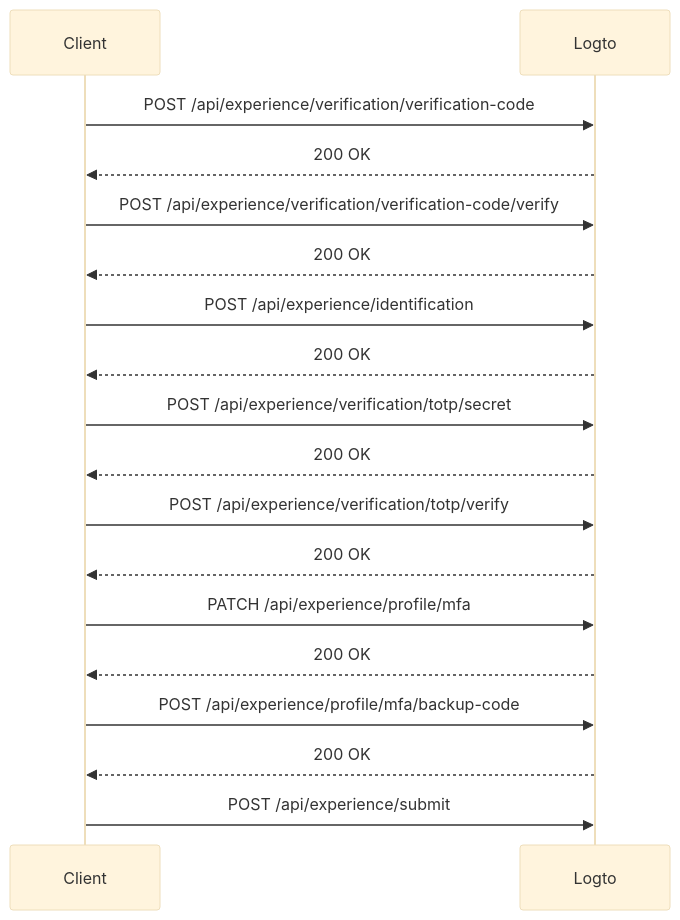
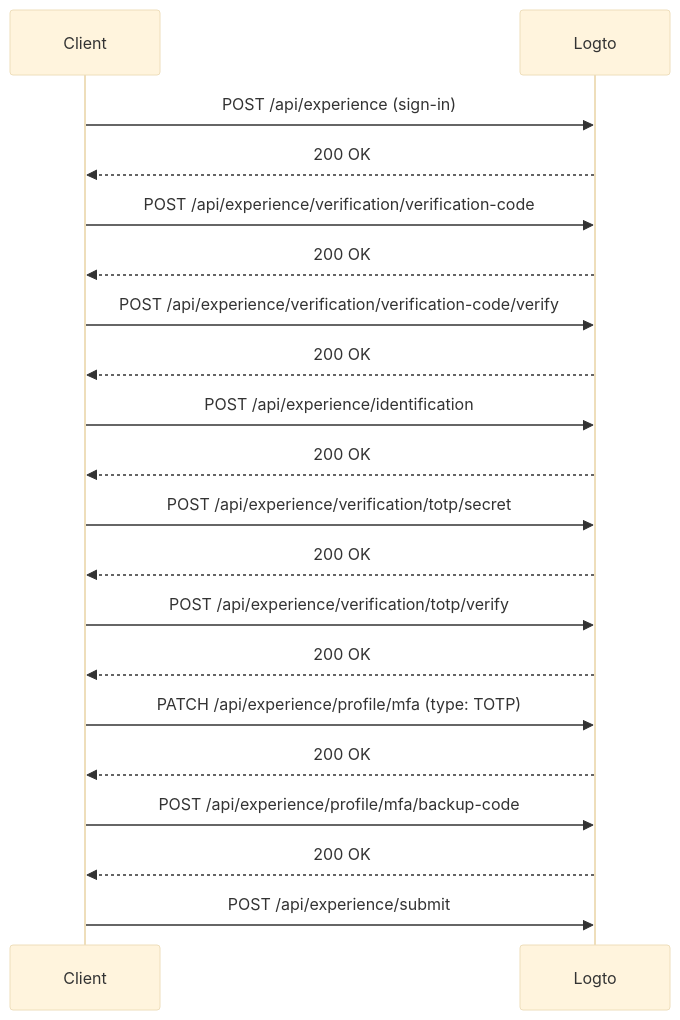
Before and after one commit to logto-io/rfcs: the sixth of 17 diagrams in draft/0004-experience-api.md, drawn with Mermaid (base theme). The commit also changed other lines of this file, not shown here.

First line of the commit message:
refactor: update the experience API.

````diff
--- a/draft/0004-experience-api.md
+++ b/draft/0004-experience-api.md
@@ -696,21 +746,23 @@
 ```mermaid
 sequenceDiagram
     participant C as Client
     participant L as Logto
 
+    C->>L: POST /api/experience (sign-in)
+    L-->>C: 200 OK
     C->>L: POST /api/experience/verification/verification-code
     L-->>C: 200 OK
     C->>L: POST /api/experience/verification/verification-code/verify
     L-->>C: 200 OK
     C->>L: POST /api/experience/identification
     L-->>C: 200 OK
     C->>L: POST /api/experience/verification/totp/secret
     L-->>C: 200 OK
     C->>L: POST /api/experience/verification/totp/verify
     L-->>C: 200 OK
-    C->>L: PATCH /api/experience/profile/mfa
+    C->>L: PATCH /api/experience/profile/mfa (type: TOTP)
     L-->>C: 200 OK
     C->>L: POST /api/experience/profile/mfa/backup-code
     L-->>C: 200 OK
     C->>L: POST /api/experience/submit
 ```
````
